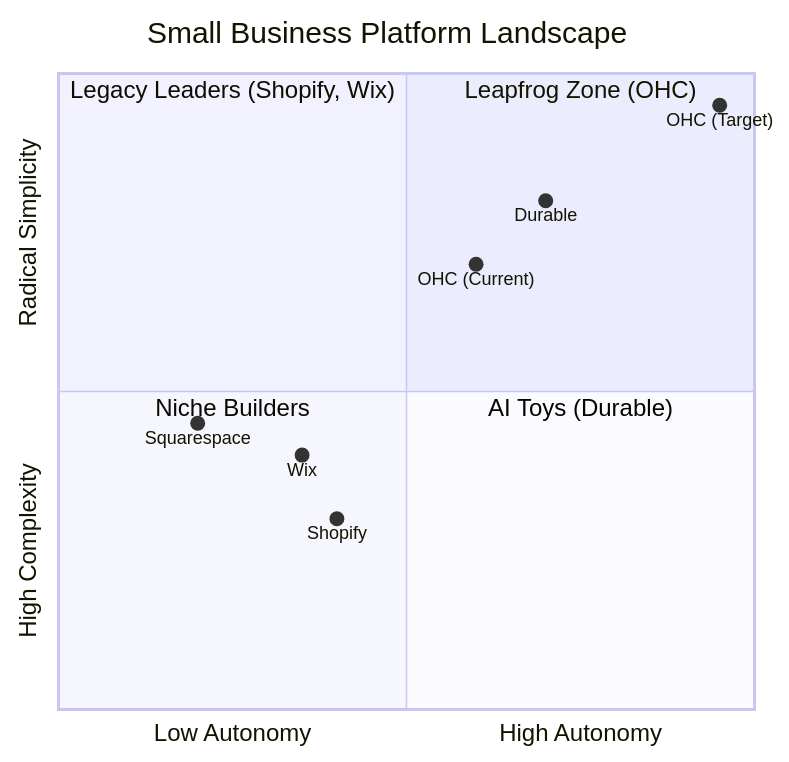
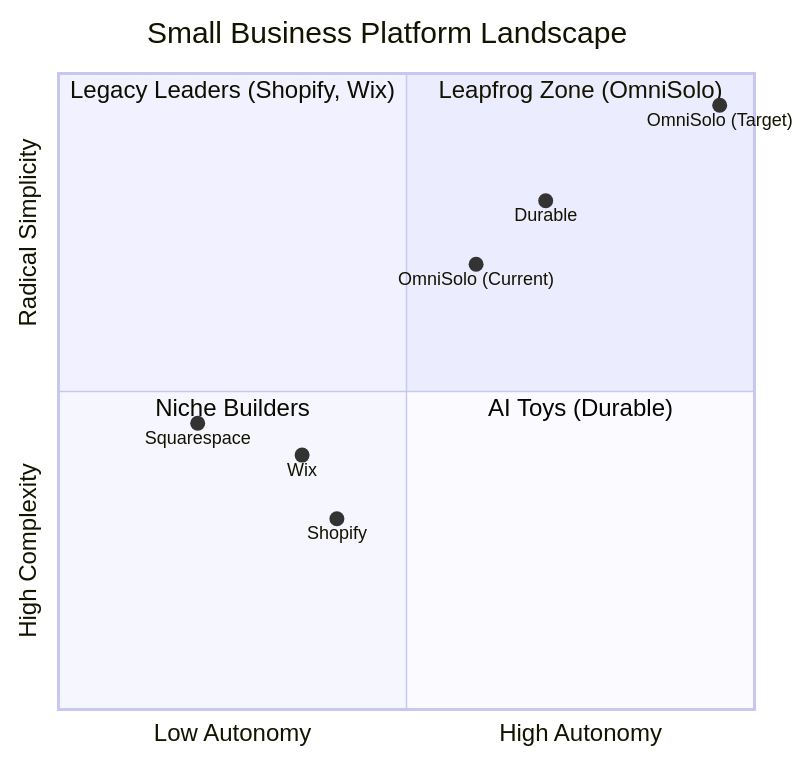
One commit to omnisolo-llc/onehumancorp changed the diagram in docs/research/market_feature_gap_matrix.md. Above: the diagram before and after it, drawn with Mermaid. The commit also changed other lines of this file and 2191 other files, not shown here.

Commit message:
feat: complete OmniSolo rename and browser audit

````diff
--- a/docs/research/market_feature_gap_matrix.md
+++ b/docs/research/market_feature_gap_matrix.md
@@ -19,16 +19,16 @@
 ```mermaid
 quadrantChart
     title Small Business Platform Landscape
     x-axis Low Autonomy --> High Autonomy
     y-axis High Complexity --> Radical Simplicity
-    quadrant-1 "Leapfrog Zone (OHC)"
+    quadrant-1 "Leapfrog Zone (OmniSolo)"
     quadrant-2 "Legacy Leaders (Shopify, Wix)"
     quadrant-3 "Niche Builders"
     quadrant-4 "AI Toys (Durable)"
     "Shopify": [0.4, 0.3]
     "Wix": [0.35, 0.4]
     "Squarespace": [0.2, 0.45]
     "Durable": [0.7, 0.8]
-    "OHC (Current)": [0.6, 0.7]
-    "OHC (Target)": [0.95, 0.95]
+    "OmniSolo (Current)": [0.6, 0.7]
+    "OmniSolo (Target)": [0.95, 0.95]
 ```
````
